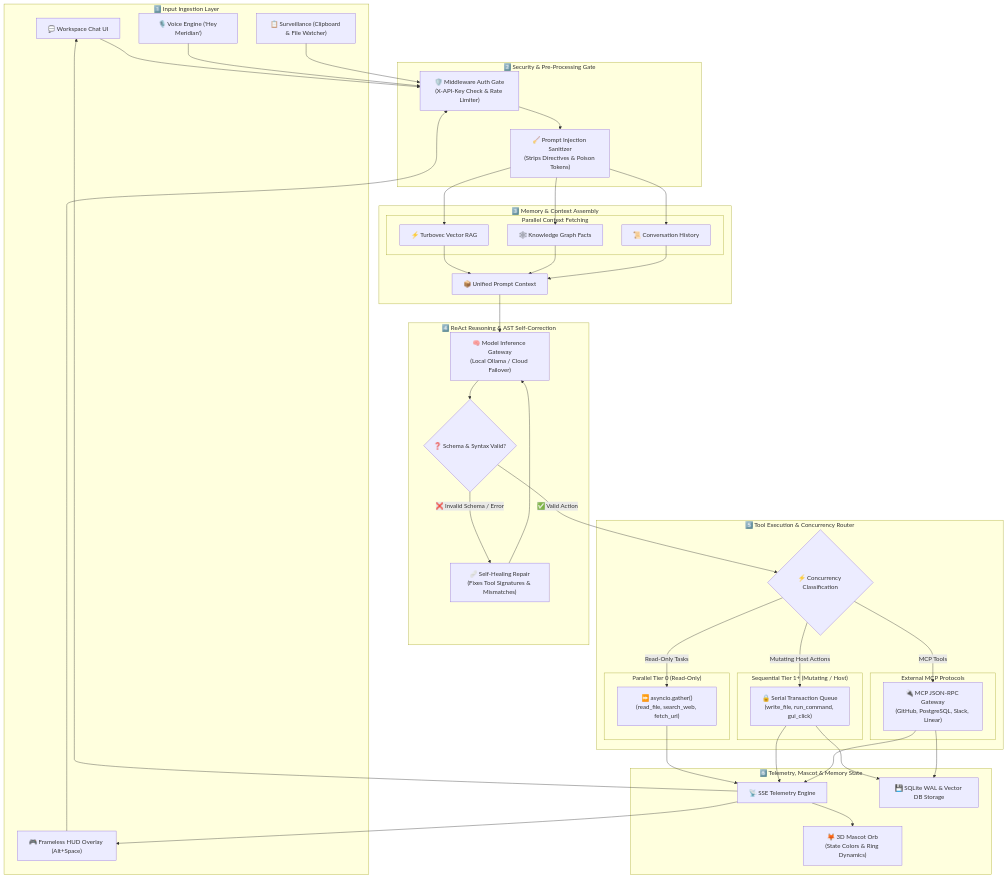
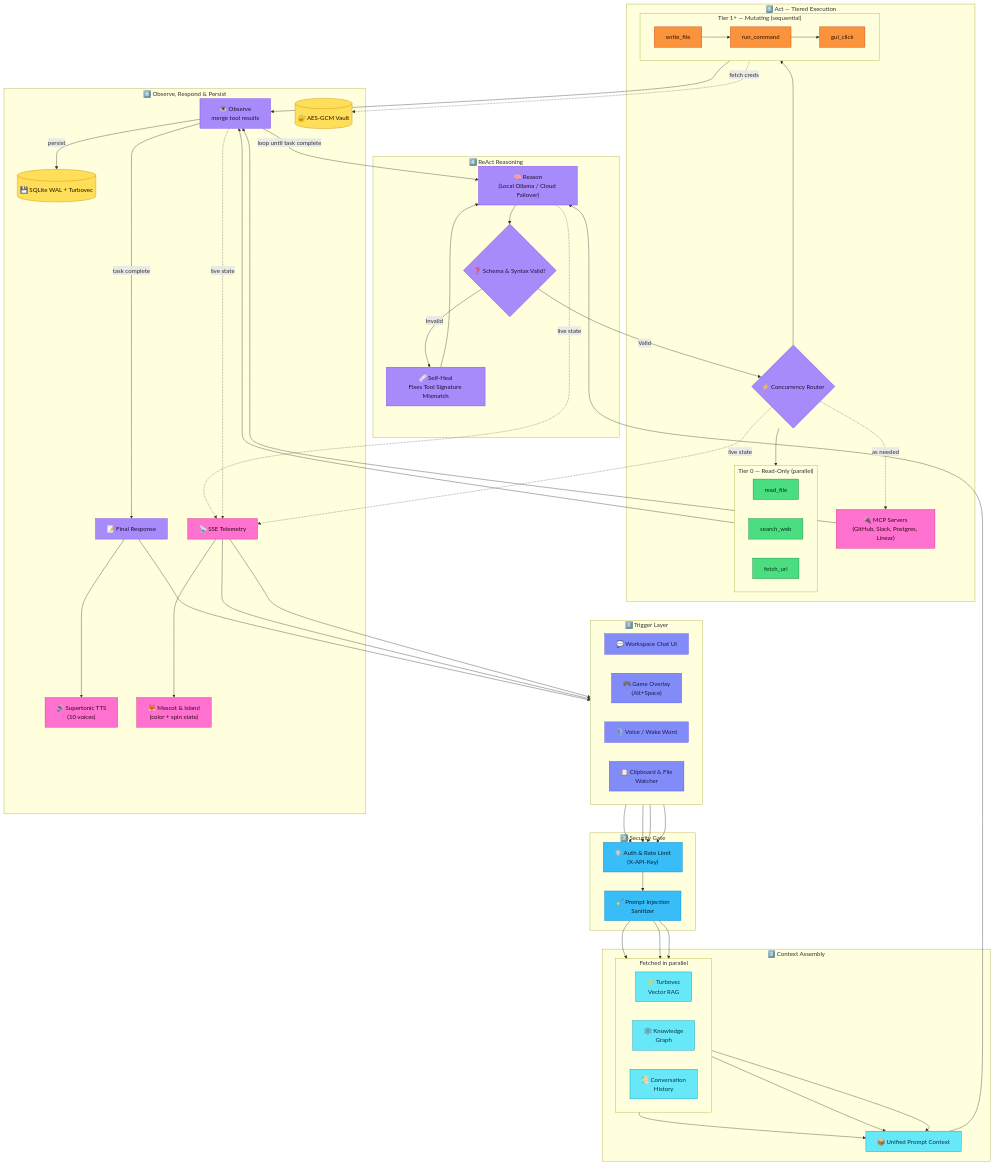
One commit to Aryan4132/Meridian-X changed the diagram in README.md. Above: the diagram before and after it, drawn with Mermaid.

Commit message:
docs(readme): update README with styled workflow architecture diagram and complete system documentation

````diff
--- a/README.md
+++ b/README.md
@@ -101,76 +101,107 @@
 ```mermaid
 flowchart TD
-    %% Layer 1: Trigger & Input Ingestion
-    subgraph L1 ["1️⃣ Input Ingestion Layer"]
+    subgraph Trigger["1️⃣ Trigger Layer"]
+        direction LR
         U_UI["💬 Workspace Chat UI"]
-        U_HUD["🎮 Frameless HUD Overlay (Alt+Space)"]
-        U_VOICE["🎙️ Voice Engine ('Hey Meridian')"]
-        U_CLIP["📋 Surveillance (Clipboard & File Watcher)"]
+        U_HUD["🎮 Game Overlay<br/>(Alt+Space)"]
+        U_VOICE["🎙️ Voice / Wake Word"]
+        U_CLIP["📋 Clipboard & File<br/>Watcher"]
     end
 
-    %% Layer 2: Security Gate & Pre-Processing
-    subgraph L2 ["2️⃣ Security & Pre-Processing Gate"]
-        AUTH["🛡️ Middleware Auth Gate\n(X-API-Key Check & Rate Limiter)"]
-        SAN["🧹 Prompt Injection Sanitizer\n(Strips Directives & Poison Tokens)"]
+    subgraph Security["2️⃣ Security Gate"]
+        AUTH["🛡️ Auth & Rate Limit<br/>(X-API-Key)"]
+        SAN["🧹 Prompt Injection<br/>Sanitizer"]
+        AUTH --> SAN
     end
 
-    %% Layer 3: Memory & Context Assembly
-    subgraph L3 ["3️⃣ Memory & Context Assembly"]
-        subgraph L3_PAR ["Parallel Context Fetching"]
-            VEC["⚡ Turbovec Vector RAG"]
-            GRAPH["🕸️ Knowledge Graph Facts"]
-            HIST["📜 Conversation History"]
+    subgraph Context["3️⃣ Context Assembly"]
+        subgraph CtxPar["Fetched in parallel"]
+            direction LR
+            VEC["⚡ Turbovec<br/>Vector RAG"]
+            GRAPH["🕸️ Knowledge<br/>Graph"]
+            HIST["📜 Conversation<br/>History"]
         end
         CTX["📦 Unified Prompt Context"]
+        VEC --> CTX
+        GRAPH --> CTX
+        HIST --> CTX
     end
 
-    %% Layer 4: ReAct Reasoning & Self-Healing
-    subgraph L4 ["4️⃣ ReAct Reasoning & AST Self-Correction"]
-        LLM["🧠 Model Inference Gateway\n(Local Ollama / Cloud Failover)"]
+    subgraph Core["4️⃣ ReAct Reasoning"]
+        LLM["🧠 Reason<br/>(Local Ollama / Cloud Failover)"]
         CHECK{"❓ Schema & Syntax Valid?"}
-        HEAL["🩹 Self-Healing Repair\n(Fixes Tool Signatures & Mismatches)"]
+        HEAL["🩹 Self-Heal<br/>Fixes Tool Signature Mismatch"]
+        LLM --> CHECK
+        CHECK -- "Invalid" --> HEAL --> LLM
     end
 
-    %% Layer 5: Concurrency Router & Tool Execution
-    subgraph L5 ["5️⃣ Tool Execution & Concurrency Router"]
-        ROUTER{"⚡ Concurrency Classification"}
-        subgraph TIER0 ["Parallel Tier 0 (Read-Only)"]
-            T0_EXEC["⏩ asyncio.gather()\n(read_file, search_web, fetch_url)"]
+    subgraph Execution["5️⃣ Act — Tiered Execution"]
+        ROUTER{"⚡ Concurrency Router"}
+        subgraph Tier0["Tier 0 — Read-Only (parallel)"]
+            direction LR
+            T0a["read_file"]
+            T0b["search_web"]
+            T0c["fetch_url"]
         end
-        subgraph TIER1 ["Sequential Tier 1+ (Mutating / Host)"]
-            T1_EXEC["🔒 Serial Transaction Queue\n(write_file, run_command, gui_click)"]
+        subgraph Tier1["Tier 1+ — Mutating (sequential)"]
+            direction LR
+            T1a["write_file"] --> T1b["run_command"] --> T1c["gui_click"]
         end
-        subgraph MCP_SERVERS ["External MCP Protocols"]
-            MCP_EXEC["🔌 MCP JSON-RPC Gateway\n(GitHub, PostgreSQL, Slack, Linear)"]
-        end
+        MCPX["🔌 MCP Servers<br/>(GitHub, Slack, Postgres, Linear)"]
+        ROUTER --> Tier0
+        ROUTER --> Tier1
+        ROUTER -.->|"as needed"| MCPX
     end
 
-    %% Layer 6: Telemetry, Mascot & State Persistence
-    subgraph L6 ["6️⃣ Telemetry, Mascot & Memory State"]
-        SSE["📡 SSE Telemetry Engine"]
-        MASCOT["🦊 3D Mascot Orb\n(State Colors & Ring Dynamics)"]
-        STORE["💾 SQLite WAL & Vector DB Storage"]
+    subgraph Output["6️⃣ Observe, Respond & Persist"]
+        OBS["👁️ Observe<br/>merge tool results"]
+        RESP["📝 Final Response"]
+        TTS["🔊 Supertonic TTS<br/>(10 voices)"]
+        VAULT[("🔐 AES-GCM Vault")]
+        STORE[("💾 SQLite WAL + Turbovec")]
+        SSE["📡 SSE Telemetry"]
+        MASCOT["🦊 Mascot & Island<br/>(color + spin state)"]
     end
 
-    %% Workflow Connections Sequence
     U_UI & U_HUD & U_VOICE & U_CLIP --> AUTH
-    AUTH --> SAN
-    SAN --> VEC & GRAPH & HIST
-    VEC & GRAPH & HIST --> CTX
+    SAN --> VEC
+    SAN --> GRAPH
+    SAN --> HIST
     CTX --> LLM
-    LLM --> CHECK
-    CHECK -- "❌ Invalid Schema / Error" --> HEAL
-    HEAL --> LLM
-    CHECK -- "✅ Valid Action" --> ROUTER
+    CHECK -- "Valid" --> ROUTER
 
-    ROUTER -- "Read-Only Tasks" --> T0_EXEC
-    ROUTER -- "Mutating Host Actions" --> T1_EXEC
-    ROUTER -- "MCP Tools" --> MCP_EXEC
+    Tier0 --> OBS
+    Tier1 --> OBS
+    MCPX --> OBS
+    Tier1 -.->|"fetch creds"| VAULT
+    OBS -->|"persist"| STORE
+    OBS -->|"loop until task complete"| LLM
+    OBS -->|"task complete"| RESP
+    RESP --> TTS
+    RESP --> U_UI
 
-    T0_EXEC & T1_EXEC & MCP_EXEC --> SSE
-    T1_EXEC & MCP_EXEC --> STORE
-
+    LLM -.->|"live state"| SSE
+    ROUTER -.->|"live state"| SSE
+    OBS -.->|"live state"| SSE
     SSE --> MASCOT
     SSE --> U_UI
     SSE --> U_HUD
+
+    classDef trigStyle fill:#818CF8,stroke:#4F46E5,color:#1E1B4B,stroke-width:1px
+    classDef secStyle fill:#38BDF8,stroke:#0284C7,color:#0C1E2E,stroke-width:1px
+    classDef ctxStyle fill:#67E8F9,stroke:#0891B2,color:#083344,stroke-width:1px
+    classDef coreStyle fill:#A78BFA,stroke:#7C3AED,color:#1E1235,stroke-width:1px
+    classDef parallelStyle fill:#4ADE80,stroke:#15803D,color:#052E16,stroke-width:1px
+    classDef sequentialStyle fill:#FB923C,stroke:#C2410C,color:#2E1300,stroke-width:1px
+    classDef outStyle fill:#FF71CE,stroke:#DB2777,color:#2E0A1A,stroke-width:1px
+    classDef dbStyle fill:#FFDE59,stroke:#CA8A04,color:#1F1300,stroke-width:1px
+
+    class U_UI,U_HUD,U_VOICE,U_CLIP trigStyle
+    class AUTH,SAN secStyle
+    class VEC,GRAPH,HIST,CTX ctxStyle
+    class LLM,CHECK,HEAL,ROUTER,OBS,RESP coreStyle
+    class T0a,T0b,T0c parallelStyle
+    class T1a,T1b,T1c sequentialStyle
+    class MCPX,TTS,SSE,MASCOT outStyle
+    class VAULT,STORE dbStyle
 ```
````
